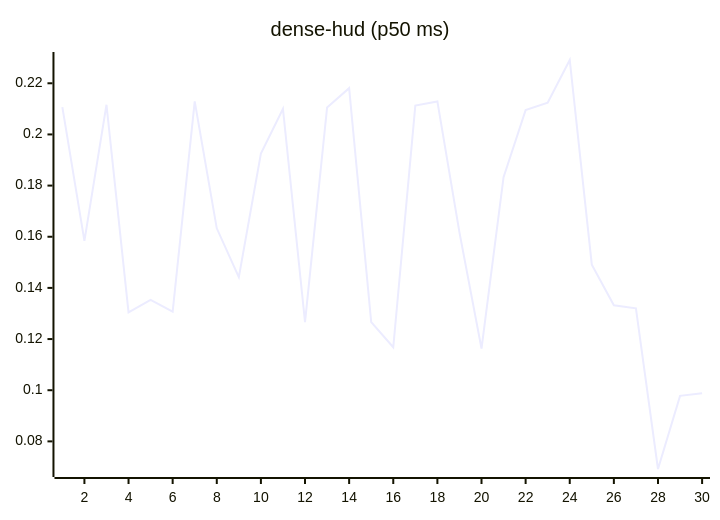
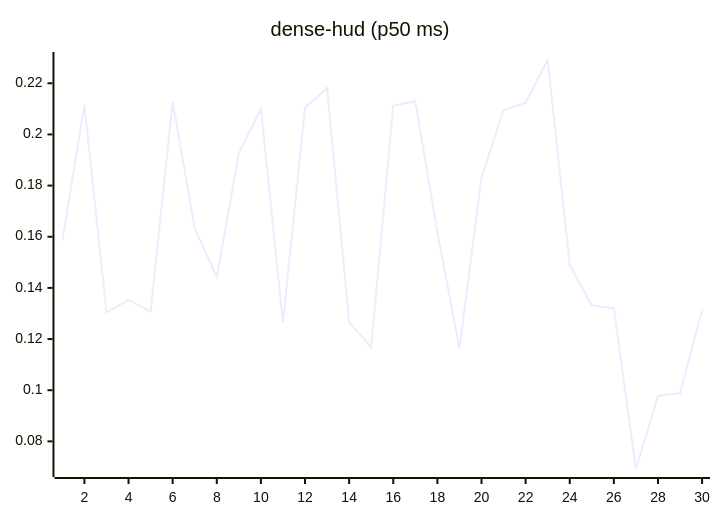
The eighth of 27 diagrams in README.md (josha/Facet), drawn with Mermaid before and after one commit. The commit also changed other lines of this file and 2 other files, not shown here.

````diff
--- a/README.md
+++ b/README.md
@@ -112,6 +112,6 @@
 ```mermaid
 xychart-beta
     title "dense-hud (p50 ms)"
     x-axis 1 --> 30
-    line [0.2107, 0.1584, 0.2116, 0.1304, 0.1353, 0.1307, 0.2129, 0.1633, 0.1442, 0.1925, 0.2100, 0.1266, 0.2105, 0.2181, 0.1266, 0.1168, 0.2113, 0.2129, 0.1617, 0.1163, 0.1833, 0.2095, 0.2124, 0.2291, 0.1491, 0.1332, 0.1320, 0.0692, 0.0978, 0.0988]
+    line [0.1584, 0.2116, 0.1304, 0.1353, 0.1307, 0.2129, 0.1633, 0.1442, 0.1925, 0.2100, 0.1266, 0.2105, 0.2181, 0.1266, 0.1168, 0.2113, 0.2129, 0.1617, 0.1163, 0.1833, 0.2095, 0.2124, 0.2291, 0.1491, 0.1332, 0.1320, 0.0692, 0.0978, 0.0988, 0.1314]
 ```
````
